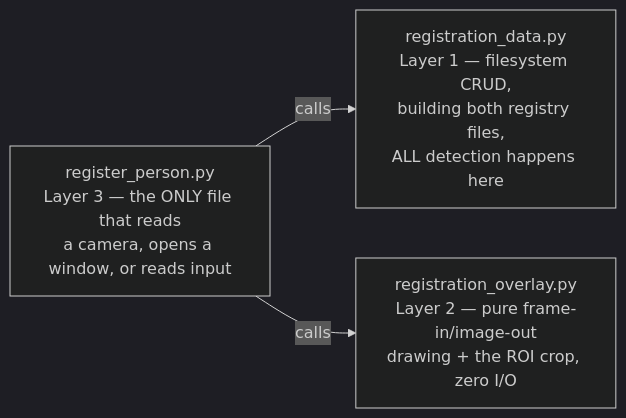
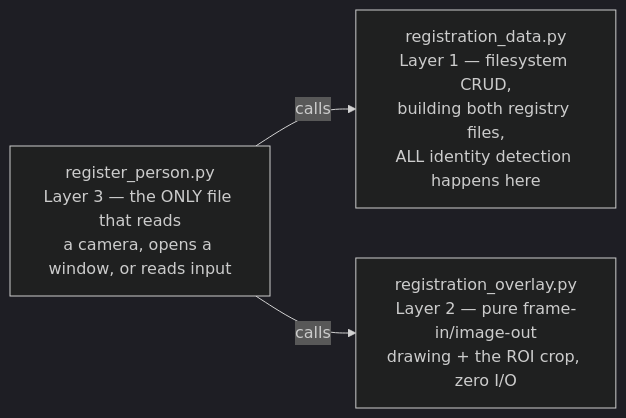
Before and after one commit to NhatNam041206/UOG_ARL_FOLLOWME: the third of 3 diagrams in docs/architecture.md, drawn with Mermaid (dark theme). The commit also changed other lines of this file and 4 other files, not shown here.

````diff
--- a/docs/architecture.md
+++ b/docs/architecture.md
@@ -258,8 +258,8 @@
 ```mermaid
 flowchart LR
-    L1["registration_data.py\nLayer 1 — filesystem CRUD,\nbuilding both registry files,\nALL detection happens here"]
+    L1["registration_data.py\nLayer 1 — filesystem CRUD,\nbuilding both registry files,\nALL identity detection happens here"]
     L2["registration_overlay.py\nLayer 2 — pure frame-in/image-out\ndrawing + the ROI crop, zero I/O"]
     L3["register_person.py\nLayer 3 — the ONLY file that reads\na camera, opens a window, or reads input"]
     L3 -->|calls| L1
     L3 -->|calls| L2
 ```
````
